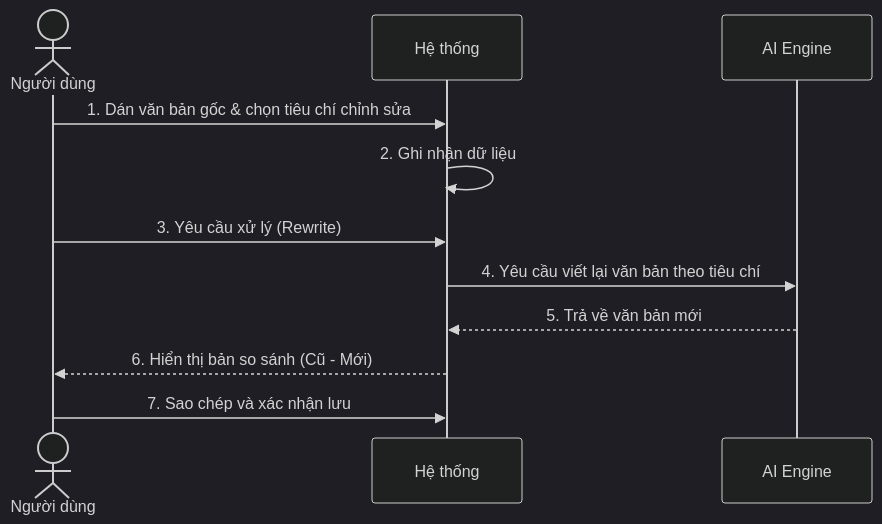
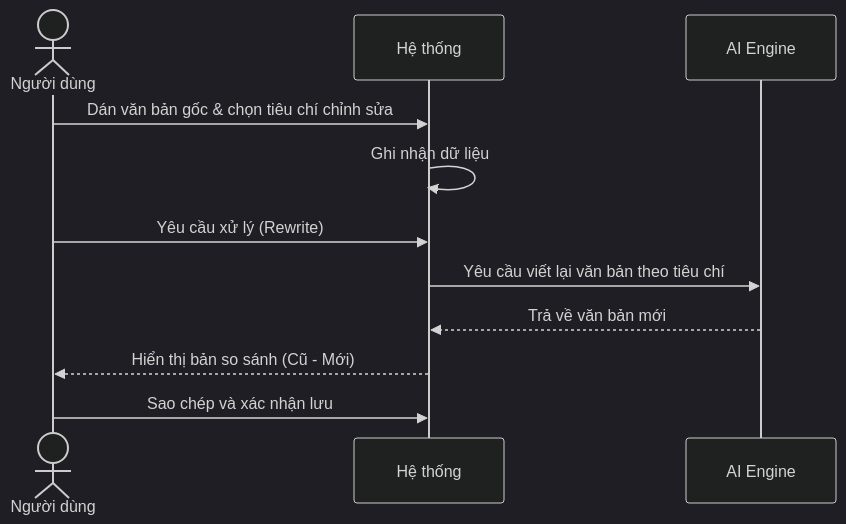
The second of 4 diagrams in docs/nhom_3_communication_admin.md (Cong-ty-TNNH-Q-Tech/Q-School), drawn with Mermaid (dark theme) before and after one commit. The commit also changed other lines of this file and 5 other files, not shown here.

Commit message:
docs: refine sequence diagrams logical flow and remove step numbers

````diff
--- a/docs/nhom_3_communication_admin.md
+++ b/docs/nhom_3_communication_admin.md
@@ -55,14 +55,14 @@
 ```mermaid
 sequenceDiagram
     actor GV as Người dùng
     participant HT as Hệ thống
     participant AI as AI Engine
 
-    GV->>HT: 1. Dán văn bản gốc & chọn tiêu chí chỉnh sửa
-    HT->>HT: 2. Ghi nhận dữ liệu
-    GV->>HT: 3. Yêu cầu xử lý (Rewrite)
-    HT->>AI: 4. Yêu cầu viết lại văn bản theo tiêu chí
-    AI-->>HT: 5. Trả về văn bản mới
-    HT-->>GV: 6. Hiển thị bản so sánh (Cũ - Mới)
-    GV->>HT: 7. Sao chép và xác nhận lưu
+    GV->>HT: Dán văn bản gốc & chọn tiêu chí chỉnh sửa
+    HT->>HT: Ghi nhận dữ liệu
+    GV->>HT: Yêu cầu xử lý (Rewrite)
+    HT->>AI: Yêu cầu viết lại văn bản theo tiêu chí
+    AI-->>HT: Trả về văn bản mới
+    HT-->>GV: Hiển thị bản so sánh (Cũ - Mới)
+    GV->>HT: Sao chép và xác nhận lưu
 ```
````
